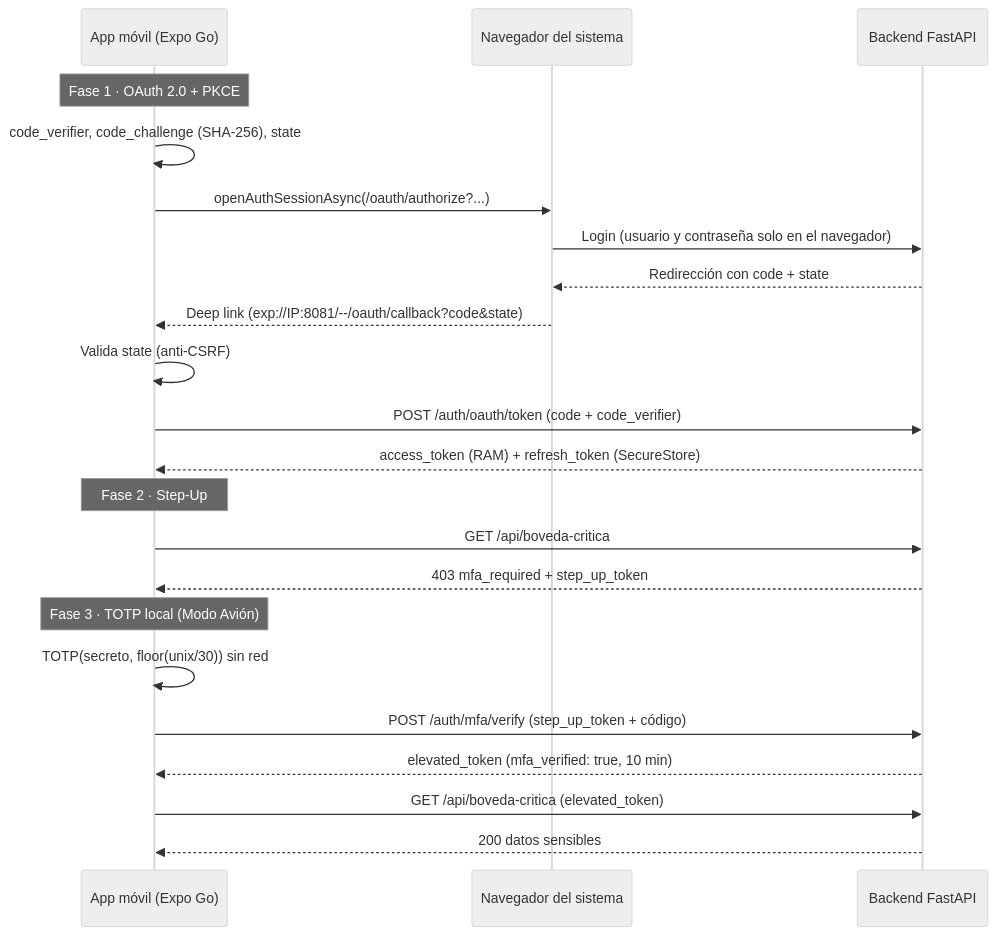
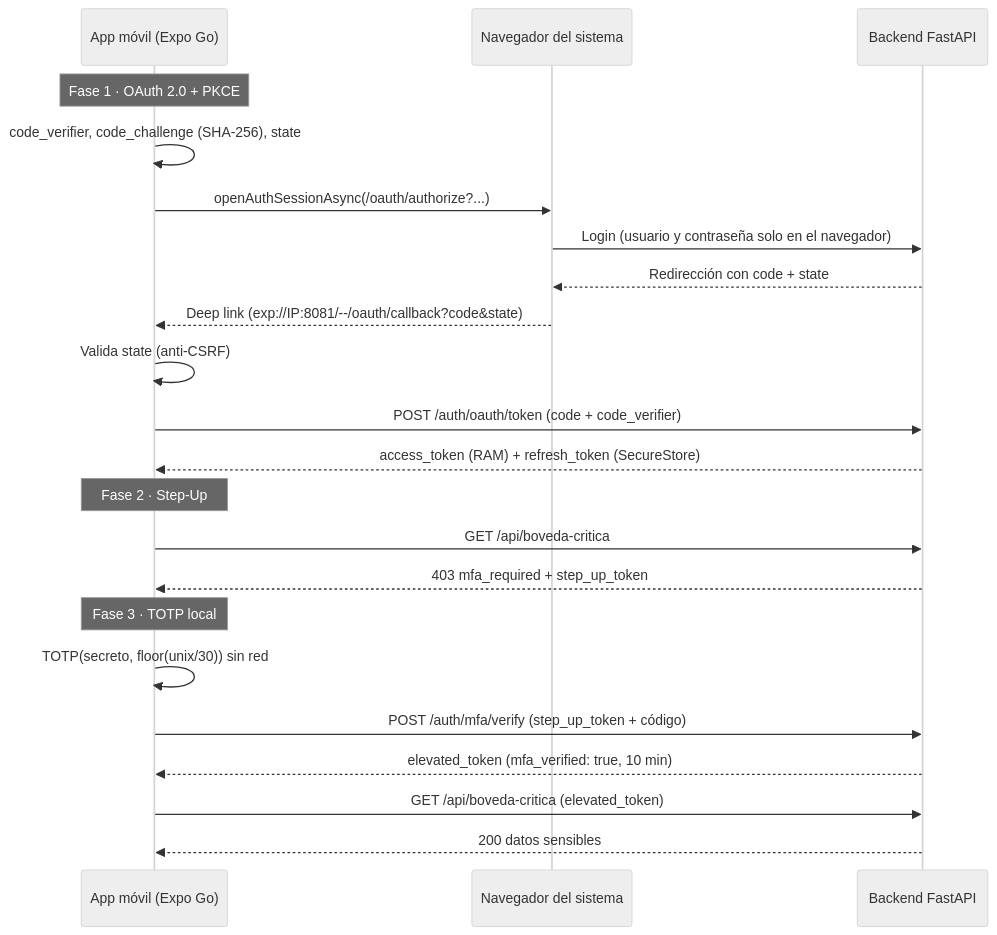
The diagram in README.md (Sariisss/TOTP-Taller), drawn with Mermaid (neutral theme) before and after one commit. The commit also changed other lines of this file, not shown here.

````diff
--- a/README.md
+++ b/README.md
@@ -44,27 +52,27 @@
 ```mermaid
 sequenceDiagram
     participant App as App móvil (Expo Go)
     participant Nav as Navegador del sistema
     participant API as Backend FastAPI
 
     Note over App: Fase 1 · OAuth 2.0 + PKCE
     App->>App: code_verifier, code_challenge (SHA-256), state
     App->>Nav: openAuthSessionAsync(/oauth/authorize?...)
     Nav->>API: Login (usuario y contraseña solo en el navegador)
     API-->>Nav: Redirección con code + state
     Nav-->>App: Deep link (exp://IP:8081/--/oauth/callback?code&state)
     App->>App: Valida state (anti-CSRF)
     App->>API: POST /auth/oauth/token (code + code_verifier)
     API-->>App: access_token (RAM) + refresh_token (SecureStore)
 
     Note over App: Fase 2 · Step-Up
     App->>API: GET /api/boveda-critica
     API-->>App: 403 mfa_required + step_up_token
 
-    Note over App: Fase 3 · TOTP local (Modo Avión)
+    Note over App: Fase 3 · TOTP local
     App->>App: TOTP(secreto, floor(unix/30)) sin red
     App->>API: POST /auth/mfa/verify (step_up_token + código)
     API-->>App: elevated_token (mfa_verified: true, 10 min)
     App->>API: GET /api/boveda-critica (elevated_token)
     API-->>App: 200 datos sensibles
 ```
````
